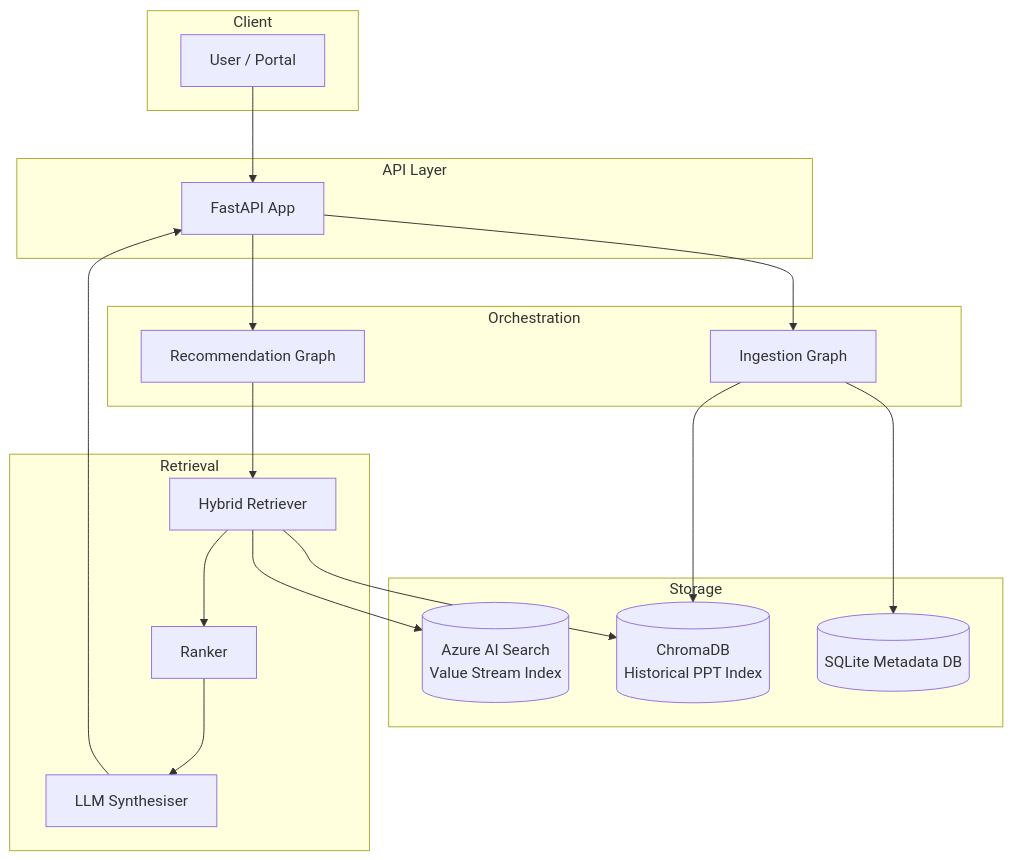
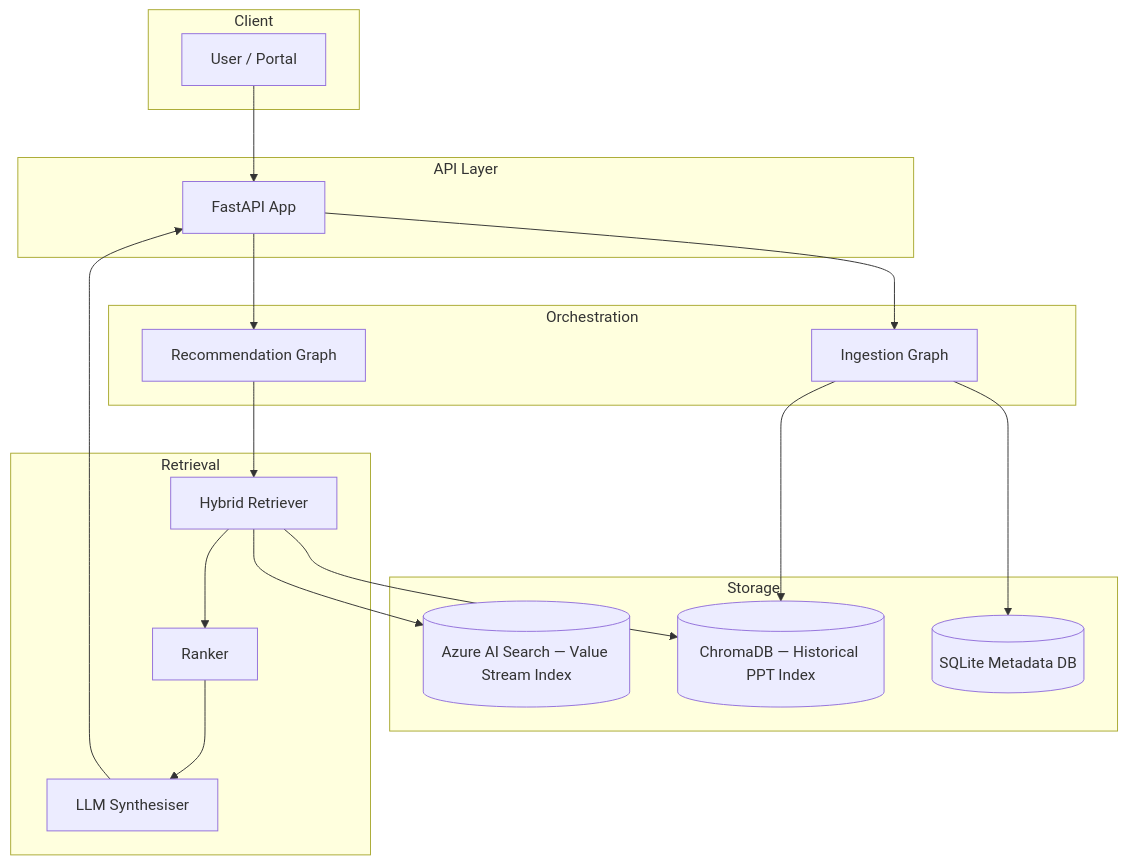
Before and after one commit to Soul-Eater69/value-stream-rag: the first of 5 diagrams in docs/diagrams/mermaid_reference.md, drawn with Mermaid. The commit also changed 1 other file, not shown here.

Commit message:
fix: correct Mermaid syntax errors in architecture diagrams
Mermaid lexer rejects several constructs that were used in the diagrams:
  - Node labels containing `/` (e.g. [/recommendations/upload]) are parsed
    as a special Mermaid path shape, causing a lexical error
  - Subgraph titles containing ` - ` (dash) trigger parse failures
  - Subgraph titles with ` & ` cause HTML-entity ambiguity in some renderers
  - Edge labels with `/` or `&` can similarly confuse the parser

Fixes applied across ARCHITECTURE.md and mermaid_reference.md:
  - Wrap all node labels in double quotes ("...") as required by Mermaid spec
    for labels containing special characters
  - Replace ` - ` in subgraph IDs/titles with ` — ` (em dash) or underscore IDs
  - Replace ` & ` with ` and ` in subgraph titles
  - Replace `/recommendations/upload` style route labels with
    "POST /recommendations/upload" (quoted, with HTTP verb prefix)
  - Replace `\n` in node labels with spaces (not all renderers support \n
    inside quoted labels)

https://claude.ai/code/session_018SNRZ3oFpw3SBG5AXSbV9L

````diff
--- a/docs/diagrams/mermaid_reference.md
+++ b/docs/diagrams/mermaid_reference.md
@@ -10,30 +10,30 @@
 ```mermaid
 graph TB
     subgraph Client
-        U[User / Portal]
+        U["User / Portal"]
     end
-    subgraph API Layer
-        FA[FastAPI App]
+    subgraph API_Layer["API Layer"]
+        FA["FastAPI App"]
     end
     subgraph Orchestration
-        IG[Ingestion Graph]
-        RG[Recommendation Graph]
+        IG["Ingestion Graph"]
+        RG["Recommendation Graph"]
     end
     subgraph Storage
-        AZS[(Azure AI Search\nValue Stream Index)]
-        CDB[(ChromaDB\nHistorical PPT Index)]
-        SDB[(SQLite Metadata DB)]
+        AZS[("Azure AI Search — Value Stream Index")]
+        CDB[("ChromaDB — Historical PPT Index")]
+        SDB[("SQLite Metadata DB")]
     end
     subgraph Retrieval
-        HYB[Hybrid Retriever]
-        RNK[Ranker]
-        SYN[LLM Synthesiser]
+        HYB["Hybrid Retriever"]
+        RNK["Ranker"]
+        SYN["LLM Synthesiser"]
     end
 
     U --> FA
     FA --> RG --> HYB --> AZS
     HYB --> CDB
     HYB --> RNK --> SYN --> FA
     FA --> IG --> CDB
     IG --> SDB
 ```
````
